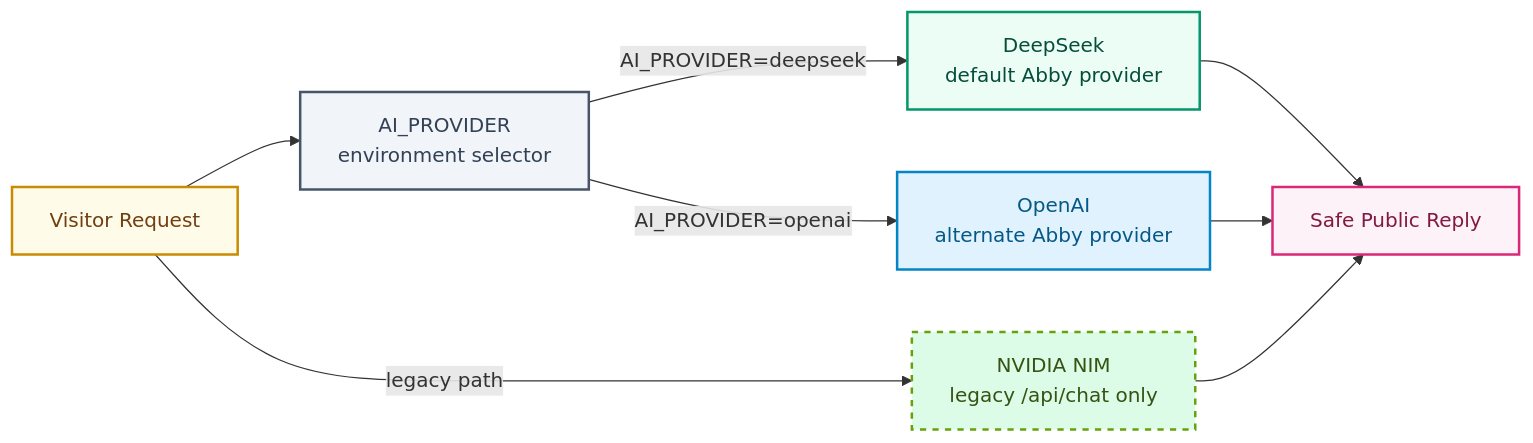
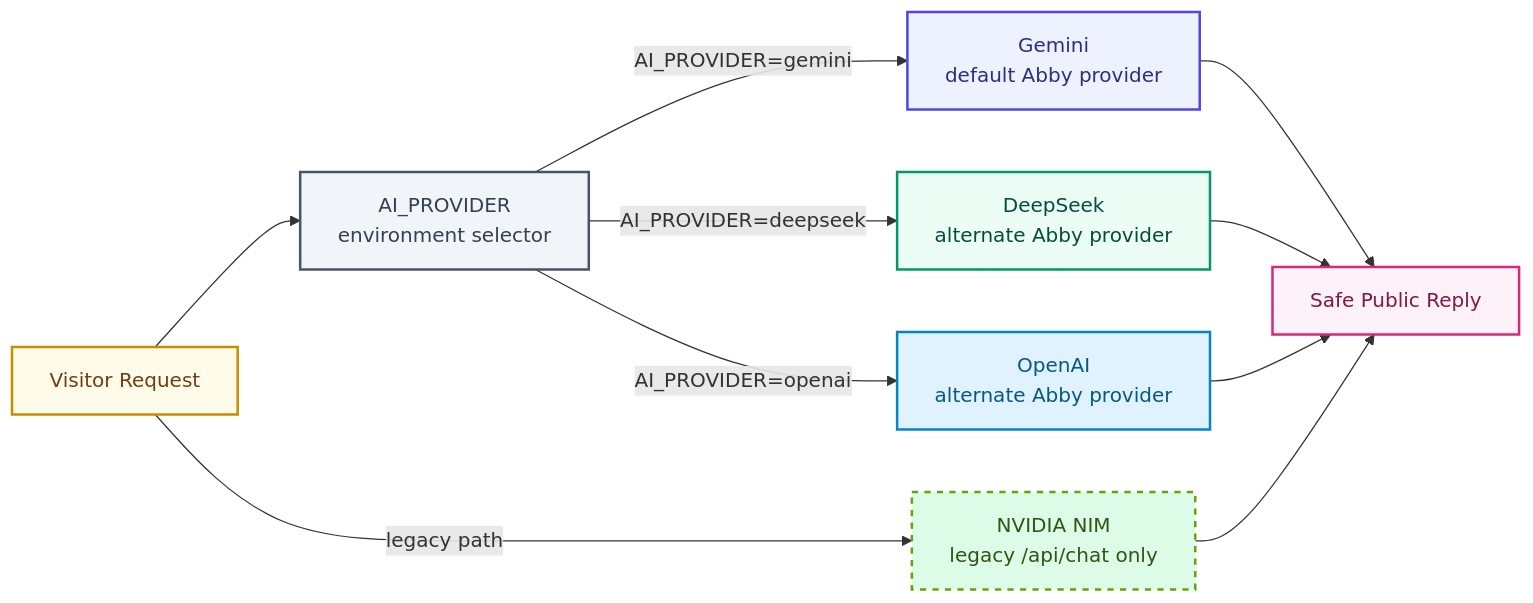
One commit to drferdii/ferdiiskandar.com changed the fifth of 11 diagrams in README.md. Above: the diagram before and after it, drawn with Mermaid. The commit also changed other lines of this file and 2 other files, not shown here.

````diff
--- a/README.md
+++ b/README.md
@@ -371,31 +363,36 @@
 ```mermaid
 flowchart LR
     Request["Visitor Request"]
     Selector["AI_PROVIDER<br/>environment selector"]
-    DeepSeek["DeepSeek<br/>default Abby provider"]
+    Gemini["Gemini<br/>default Abby provider"]
+    DeepSeek["DeepSeek<br/>alternate Abby provider"]
     OpenAI["OpenAI<br/>alternate Abby provider"]
     Nvidia["NVIDIA NIM<br/>legacy /api/chat only"]
     Response["Safe Public Reply"]
 
     Request --> Selector
+    Selector -->|AI_PROVIDER=gemini| Gemini
     Selector -->|AI_PROVIDER=deepseek| DeepSeek
     Selector -->|AI_PROVIDER=openai| OpenAI
     Request -->|legacy path| Nvidia
+    Gemini --> Response
     DeepSeek --> Response
     OpenAI --> Response
     Nvidia --> Response
 
     classDef request fill:#FEFCE8,stroke:#CA8A04,color:#713F12,stroke-width:2px;
     classDef selector fill:#F1F5F9,stroke:#475569,color:#334155,stroke-width:2px;
+    classDef gemini fill:#EEF2FF,stroke:#4F46E5,color:#312E81,stroke-width:2px;
     classDef deepseek fill:#ECFDF5,stroke:#059669,color:#064E3B,stroke-width:2px;
     classDef openai fill:#E0F2FE,stroke:#0284C7,color:#075985,stroke-width:2px;
     classDef nvidia fill:#DCFCE7,stroke:#65A30D,color:#365314,stroke-dasharray: 5 5,stroke-width:2px;
     classDef response fill:#FDF2F8,stroke:#DB2777,color:#831843,stroke-width:2px;
 
     class Request request;
     class Selector selector;
+    class Gemini gemini;
     class DeepSeek deepseek;
     class OpenAI openai;
     class Nvidia nvidia;
     class Response response;
 ```
````
